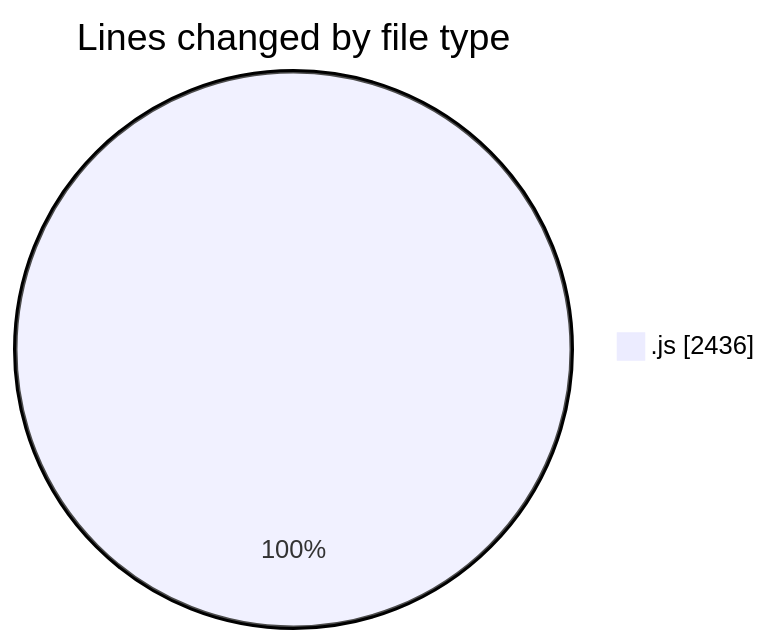
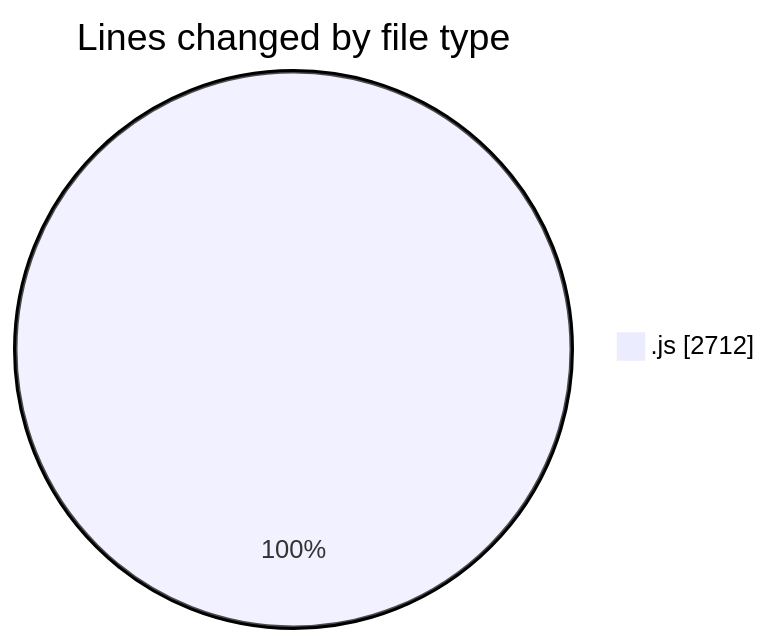
The first of 2 diagrams in 2025-10-16/nxtqube_webapp/README.md (nxtqubesakshisongat/code-tracking), drawn with Mermaid before and after one commit. The commit also changed other lines of this file and 1 other file, not shown here.

````diff
--- a/2025-10-16/nxtqube_webapp/README.md
+++ b/2025-10-16/nxtqube_webapp/README.md
@@ -20,5 +20,5 @@
 ```mermaid
 pie showData
 title Lines changed by file type
-".js" : 2436
+".js" : 2712
 ```
````
